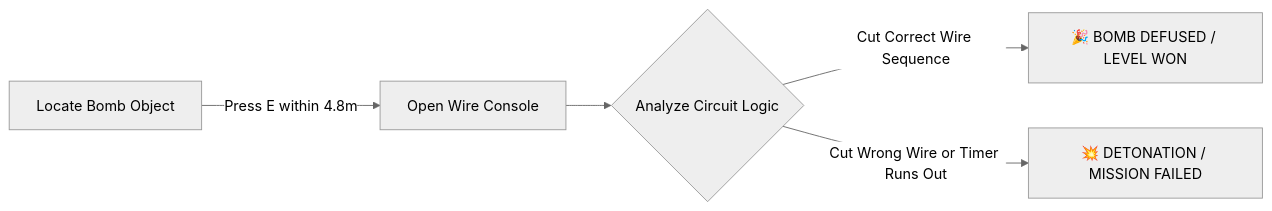
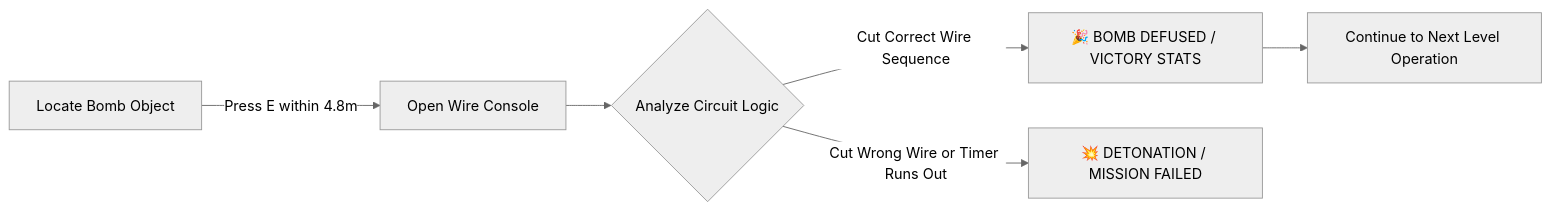
Before and after one commit to Snigdha-0210/Bomb_Defusal: the third of 3 diagrams in README.md, drawn with Mermaid (neutral theme). The commit also changed other lines of this file and 10 other files, not shown here.

````diff
--- a/README.md
+++ b/README.md
@@ -130,7 +132,8 @@
 ```mermaid
 flowchart LR
     A[Locate Bomb Object] -->|Press E within 4.8m| B[Open Wire Console]
     B --> C{Analyze Circuit Logic}
-    C -->|Cut Correct Wire Sequence| D[🎉 BOMB DEFUSED / LEVEL WON]
-    C -->|Cut Wrong Wire or Timer Runs Out| E[💥 DETONATION / MISSION FAILED]
+    C -->|Cut Correct Wire Sequence| D[🎉 BOMB DEFUSED / VICTORY STATS]
+    D --> E[Continue to Next Level Operation]
+    C -->|Cut Wrong Wire or Timer Runs Out| F[💥 DETONATION / MISSION FAILED]
 ```
````
